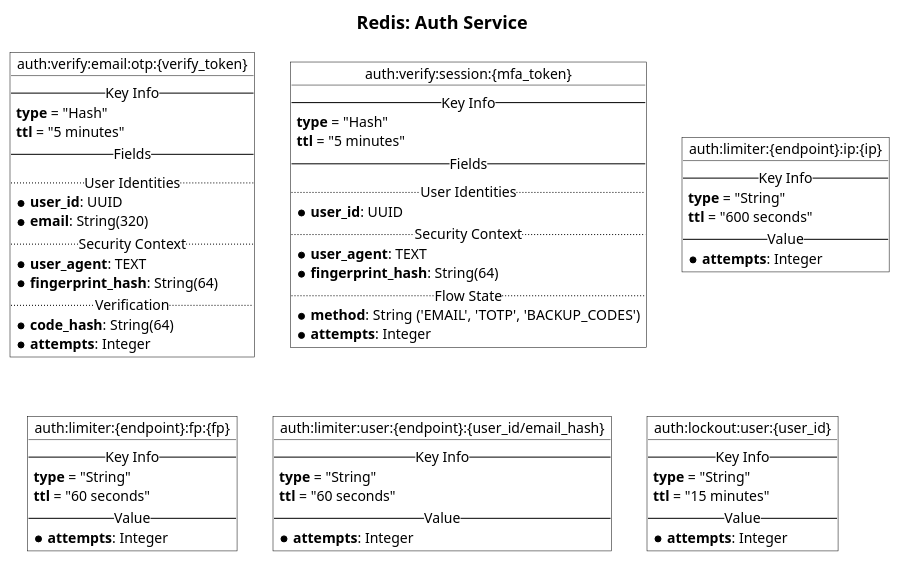
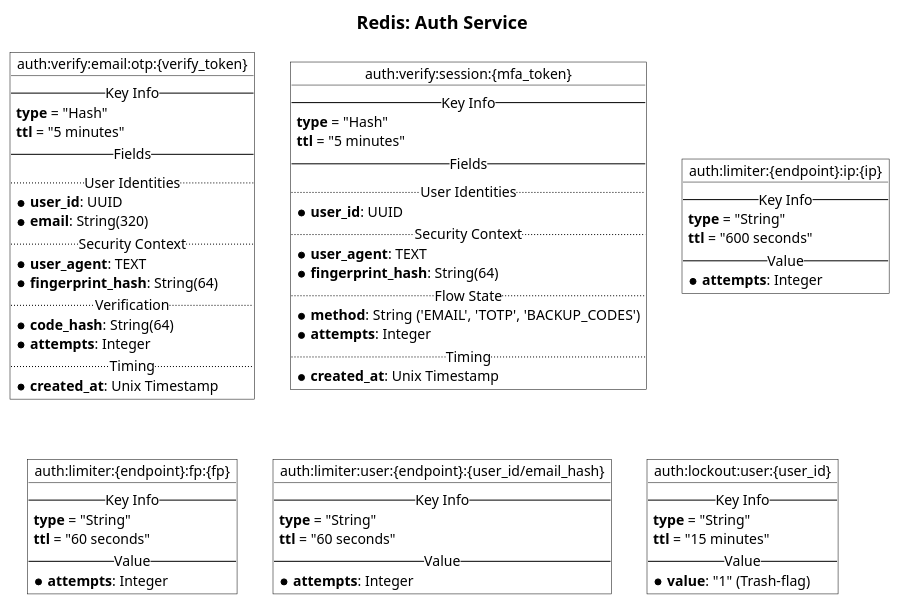
One commit to Mihyich/ShaderHub changed the diagram in docs/charts/redis/01-auth-service/chart.wsd. Above: the diagram before and after it, drawn with PlantUML. The commit also changed 1 other file, not shown here.

```diff
--- a/docs/charts/redis/01-auth-service/chart.wsd
+++ b/docs/charts/redis/01-auth-service/chart.wsd
@@ -1,78 +1,82 @@
 @startuml Redis_Auth_Storage
 
 skinparam title {
     FontSize 18
 }
 
 skinparam object {
     BackgroundColor White
     BorderColor Black
     ArrowColor Black
 }
 
 title Redis: Auth Service
 
 object "auth:verify:email:otp:{verify_token}" as EmailOTP {
     -- Key Info --
     **type** = "Hash"
     **ttl** = "5 minutes"
     -- Fields --
     .. User Identities ..
     * **user_id**: UUID
     * **email**: String(320)
     .. Security Context ..
     * **user_agent**: TEXT
     * **fingerprint_hash**: String(64)
     .. Verification ..
     * **code_hash**: String(64)
     * **attempts**: Integer
+    .. Timing ..
+    * **created_at**: Unix Timestamp
 }
 
 object "auth:verify:session:{mfa_token}" as MFASession {
     -- Key Info --
     **type** = "Hash"
     **ttl** = "5 minutes"
     -- Fields --
     .. User Identities ..
     * **user_id**: UUID
     .. Security Context ..
     * **user_agent**: TEXT
     * **fingerprint_hash**: String(64)
     .. Flow State ..
     * **method**: String ('EMAIL', 'TOTP', 'BACKUP_CODES')
     * **attempts**: Integer
+    .. Timing ..
+    * **created_at**: Unix Timestamp
 }
 
 object "auth:limiter:{endpoint}:ip:{ip}" as LimiterIp {
     -- Key Info --
     **type** = "String"
     **ttl** = "600 seconds"
     -- Value --
     * **attempts**: Integer
 }
 
 object "auth:limiter:{endpoint}:fp:{fp}" as LimiterFP {
     -- Key Info --
     **type** = "String"
     **ttl** = "60 seconds"
     -- Value --
     * **attempts**: Integer
 }
 
 object "auth:limiter:user:{endpoint}:{user_id/email_hash}" as LimiterUser {
     -- Key Info --
     **type** = "String"
     **ttl** = "60 seconds"
     -- Value --
     * **attempts**: Integer
 }
 
 object "auth:lockout:user:{user_id}" as Lockout {
     -- Key Info --
     **type** = "String"
     **ttl** = "15 minutes"
     -- Value --
-    * **attempts**: Integer
+    * **value**: "1" (Trash-flag)
 }
 
 @enduml
```
